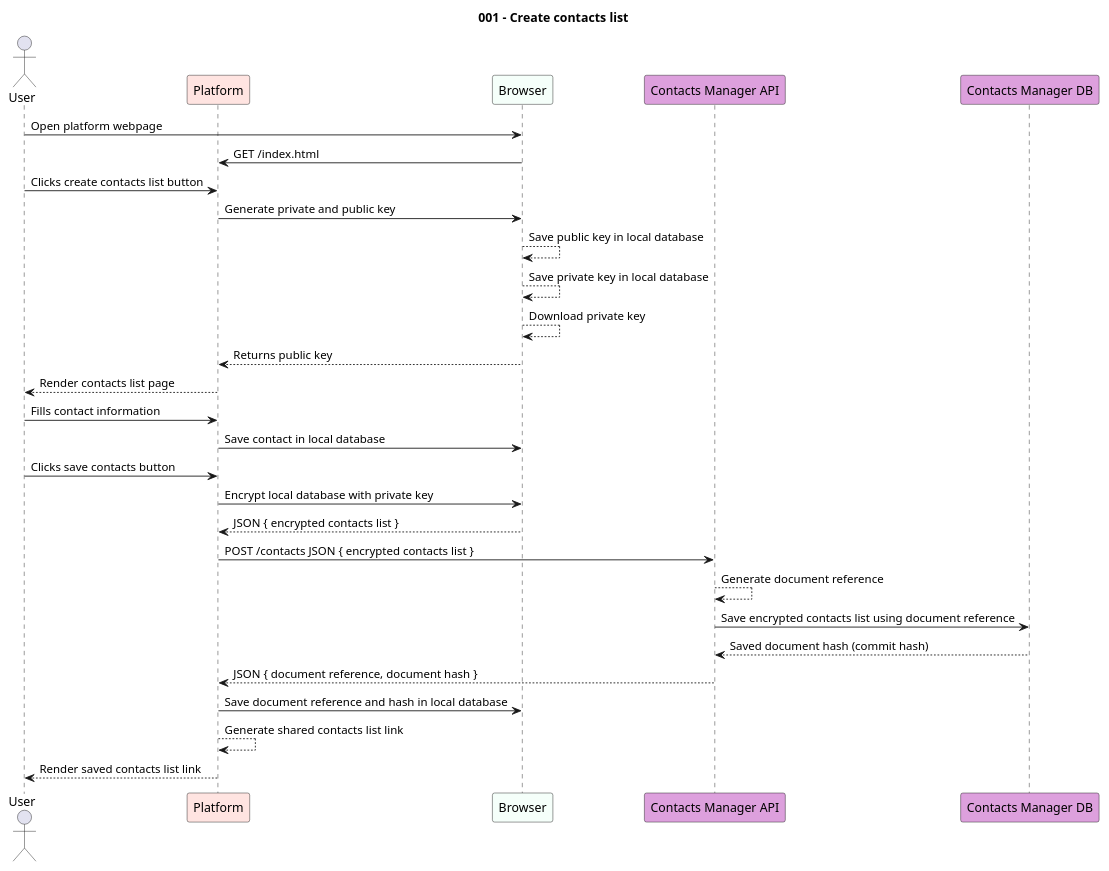
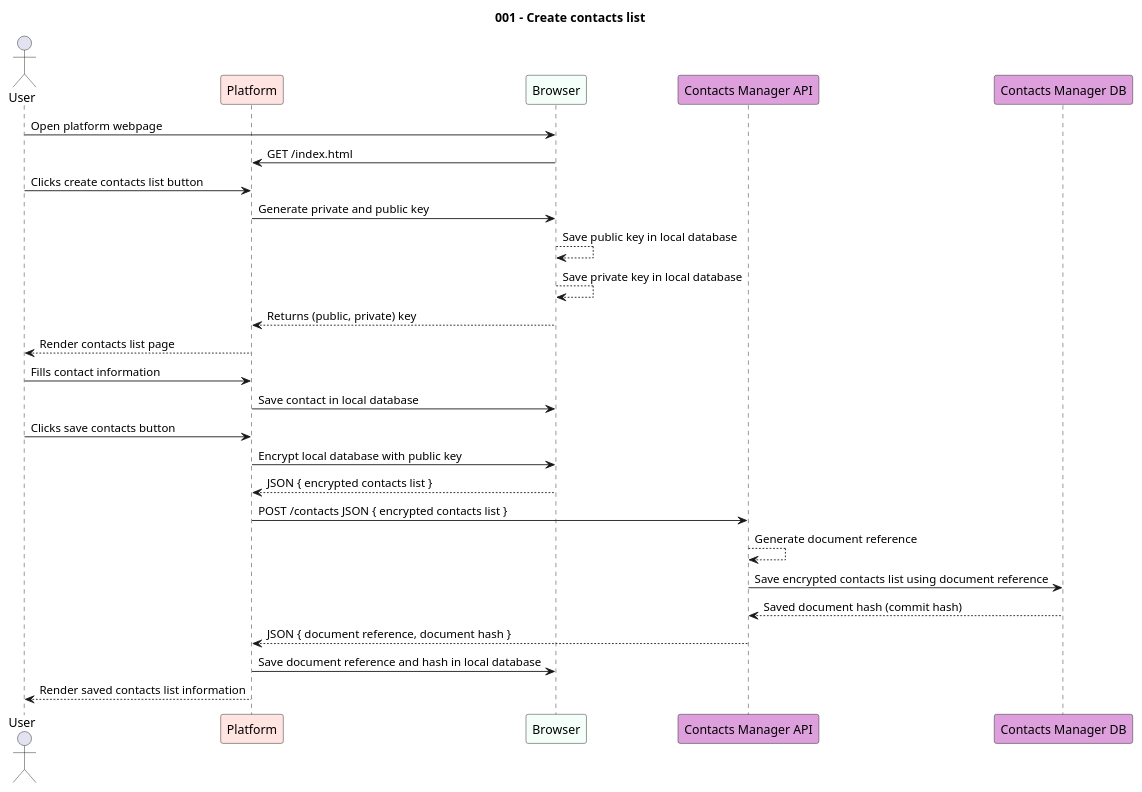
One commit to paginas-secretas/docs changed the diagram in src/usecases/puml/001-create-contacts-list.puml. Above: the diagram before and after it, drawn with PlantUML. The commit also changed 5 other files, not shown here.

Commit message:
fix(usecases): private/public key generation + encryption flow

```diff
--- a/src/usecases/puml/001-create-contacts-list.puml
+++ b/src/usecases/puml/001-create-contacts-list.puml
@@ -1,37 +1,35 @@
 @startuml 001-create-contacts-list
 
 title "001 - Create contacts list"
 
 actor User
 participant "Platform" as PL #MistyRose
 participant Browser #MintCream
 participant "Contacts Manager API" as CNT #Plum
 participant "Contacts Manager DB" as CNT_DB #Plum
 
 User -> Browser : Open platform webpage
 Browser -> PL : GET /index.html
 
 User -> PL: Clicks create contacts list button
 PL -> Browser: Generate private and public key
 Browser --> Browser: Save public key in local database
 Browser --> Browser: Save private key in local database
-Browser --> Browser: Download private key
-Browser --> PL: Returns public key
+Browser --> PL: Returns (public, private) key
 PL --> User: Render contacts list page
 
 User -> PL: Fills contact information
 PL -> Browser: Save contact in local database
 
 User -> PL: Clicks save contacts button
-PL -> Browser: Encrypt local database with private key
+PL -> Browser: Encrypt local database with public key
 Browser --> PL: JSON { encrypted contacts list }
 PL -> CNT: POST /contacts JSON { encrypted contacts list }
 CNT --> CNT: Generate document reference
 CNT -> CNT_DB: Save encrypted contacts list using document reference
 CNT_DB --> CNT: Saved document hash (commit hash)
 CNT --> PL: JSON { document reference, document hash }
 PL -> Browser: Save document reference and hash in local database
-PL --> PL: Generate shared contacts list link
-PL --> User: Render saved contacts list link
+PL --> User: Render saved contacts list information
 
 @enduml
```
